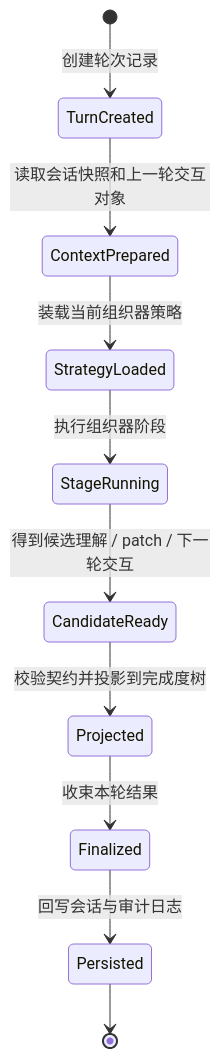
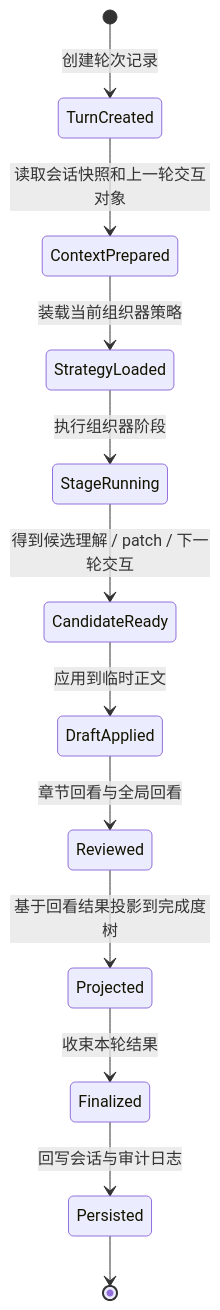
One commit to wgwtest/CodeFactoryV2 changed diagram 23 of 35 in DOC/CODEX_DOC/02_设计说明/P2_需求分析系统/P2-需求分析系统设计.md. Above: the diagram before and after it, drawn with Mermaid. The commit also changed other lines of this file and 42 other files, not shown here.

Commit message:
feat(p2): wire lab working document flow and normalize design doc names

````diff
--- a/DOC/CODEX_DOC/02_设计说明/P2_需求分析系统/P2-需求分析系统设计.md
+++ b/DOC/CODEX_DOC/02_设计说明/P2_需求分析系统/P2-需求分析系统设计.md
@@ -2425,12 +2837,14 @@
 ```mermaid
 stateDiagram-v2
   [*] --> TurnCreated: 创建轮次记录
   TurnCreated --> ContextPrepared: 读取会话快照和上一轮交互对象
   ContextPrepared --> StrategyLoaded: 装载当前组织器策略
   StrategyLoaded --> StageRunning: 执行组织器阶段
   StageRunning --> CandidateReady: 得到候选理解 / patch / 下一轮交互
-  CandidateReady --> Projected: 校验契约并投影到完成度树
+  CandidateReady --> DraftApplied: 应用到临时正文
+  DraftApplied --> Reviewed: 章节回看与全局回看
+  Reviewed --> Projected: 基于回看结果投影到完成度树
   Projected --> Finalized: 收束本轮结果
   Finalized --> Persisted: 回写会话与审计日志
   Persisted --> [*]
 ```
````
